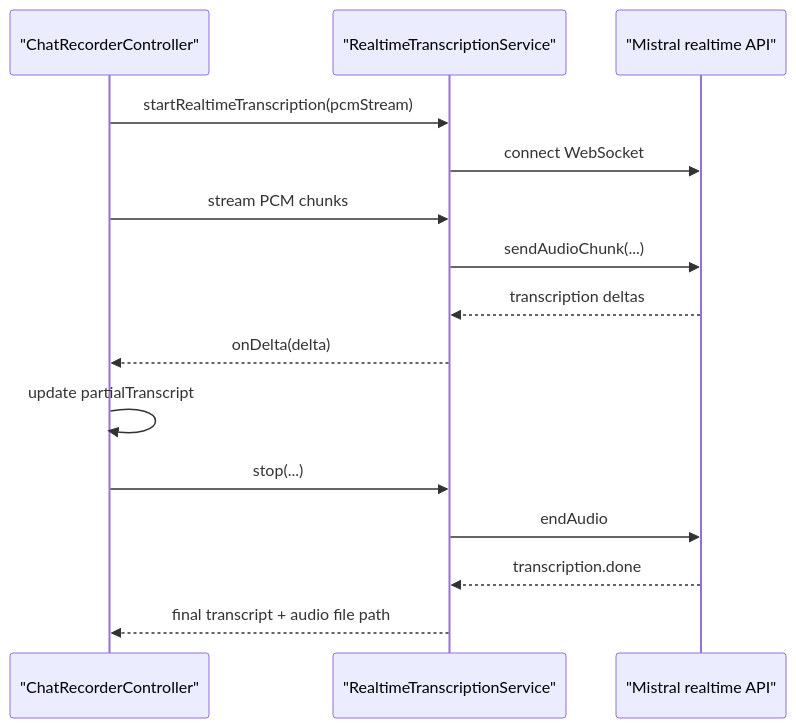
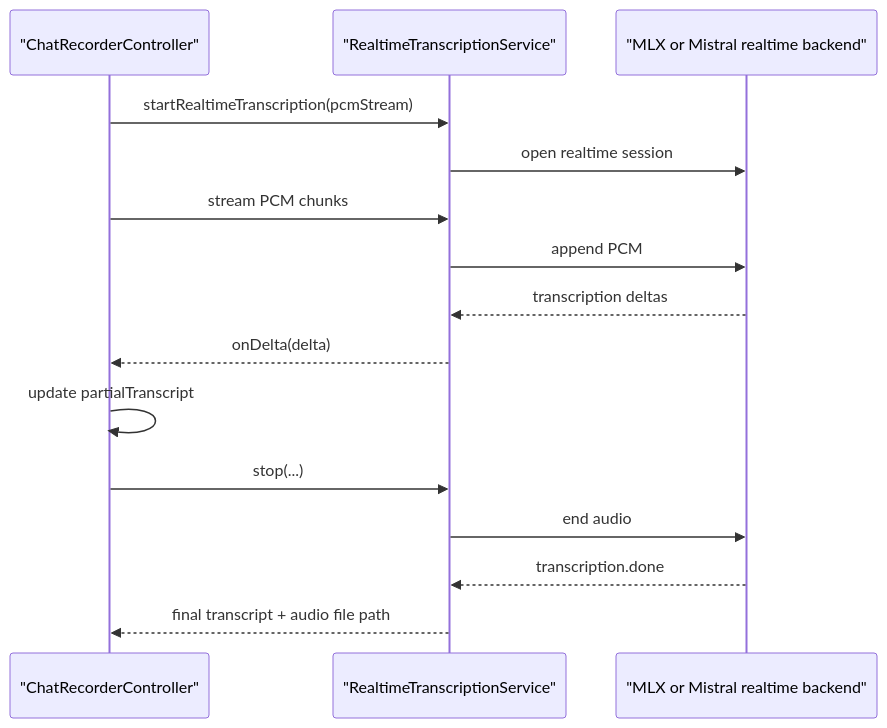
The sixth of 6 diagrams in lib/features/ai_chat/README.md (matthiasn/lotti), drawn with Mermaid before and after one commit. The commit also changed other lines of this file and 98 other files, not shown here.

Commit message:
feat: add mlx audio

````diff
--- a/lib/features/ai_chat/README.md
+++ b/lib/features/ai_chat/README.md
@@ -296,18 +313,18 @@
 ```mermaid
 sequenceDiagram
   participant UI as "ChatRecorderController"
   participant RT as "RealtimeTranscriptionService"
-  participant WS as "Mistral realtime API"
+  participant Backend as "MLX or Mistral realtime backend"
 
   UI->>RT: startRealtimeTranscription(pcmStream)
-  RT->>WS: connect WebSocket
+  RT->>Backend: open realtime session
   UI->>RT: stream PCM chunks
-  RT->>WS: sendAudioChunk(...)
-  WS-->>RT: transcription deltas
+  RT->>Backend: append PCM
+  Backend-->>RT: transcription deltas
   RT-->>UI: onDelta(delta)
   UI->>UI: update partialTranscript
   UI->>RT: stop(...)
-  RT->>WS: endAudio
-  WS-->>RT: transcription.done
+  RT->>Backend: end audio
+  Backend-->>RT: transcription.done
   RT-->>UI: final transcript + audio file path
 ```
````
